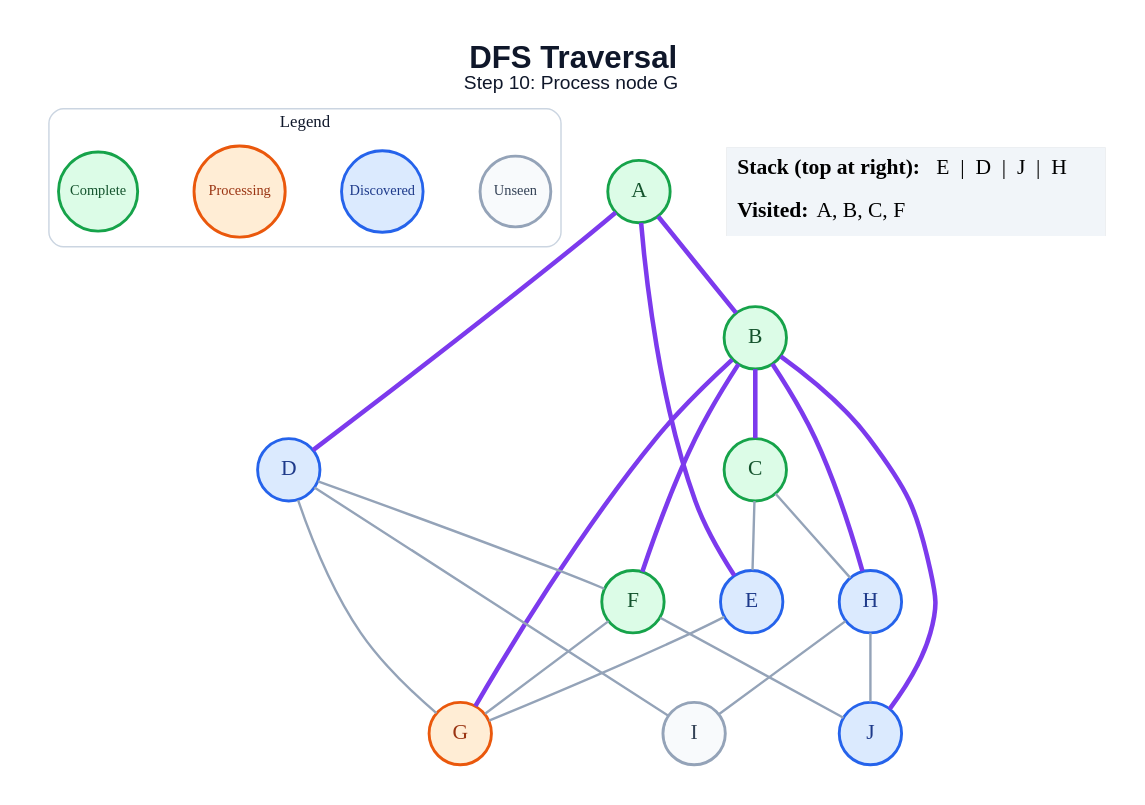
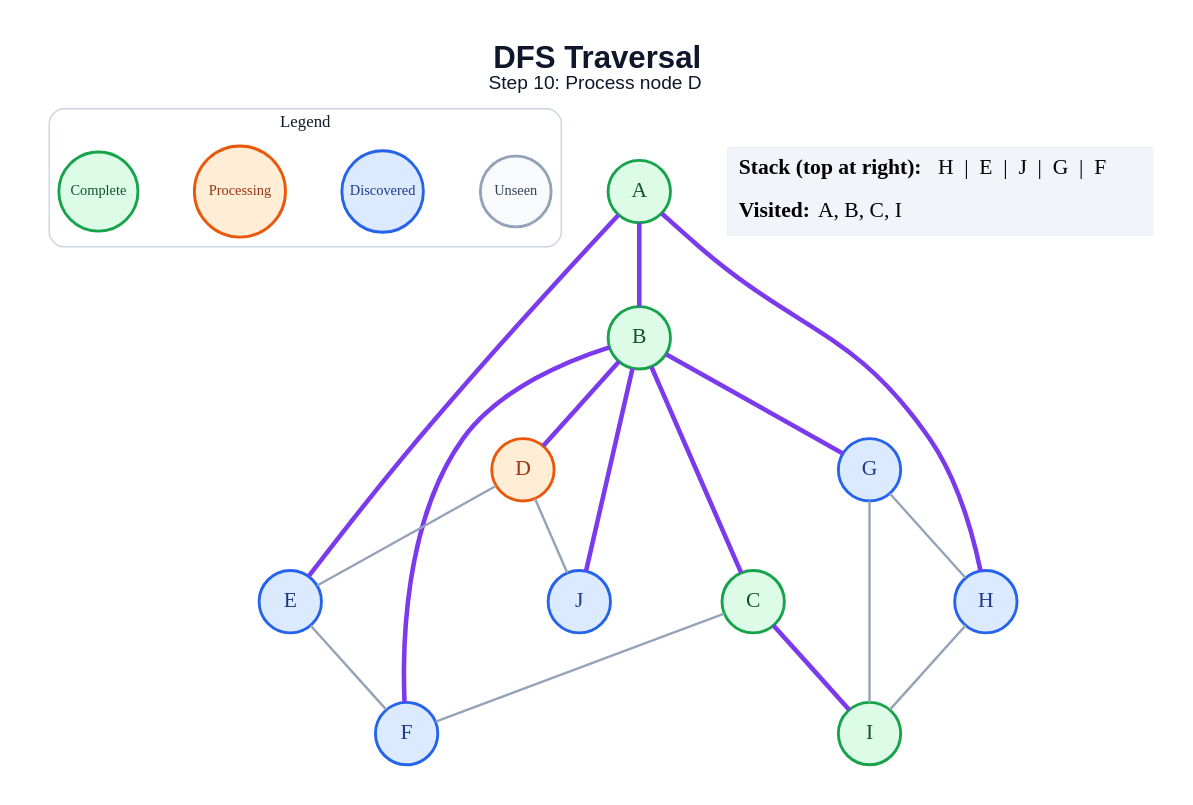
Before and after one commit to amanghodawala9/ai-slop: the diagram in generated/dfs/step_10.dot, drawn with Graphviz. The commit also changed 178 other files, not shown here.

```diff
--- a/generated/dfs/step_10.dot
+++ b/generated/dfs/step_10.dot
@@ -1,47 +1,45 @@
 graph traversal {
   graph [layout=dot, rankdir=TB, bgcolor="#FFFFFF", pad="0.35", nodesep="0.65", ranksep="0.8", fontname="Arial"];
   node [shape=circle, style="filled", fontname="Arial Bold", fontsize=18, width=0.72, fixedsize=true, penwidth=2.4];
   edge [color="#94A3B8", penwidth=2.0];
-  label=<<B>DFS Traversal</B><BR/><FONT POINT-SIZE="16">Step 10: Process node G</FONT>>; labelloc="t"; fontsize=26; fontname="Arial"; fontcolor="#0F172A";
+  label=<<B>DFS Traversal</B><BR/><FONT POINT-SIZE="16">Step 10: Process node D</FONT>>; labelloc="t"; fontsize=26; fontname="Arial"; fontcolor="#0F172A";
   subgraph cluster_legend { label="Legend"; color="#CBD5E1"; penwidth=1.2; style="rounded"; fontsize=14; fontname="Arial Bold";
     key_unseen [label="Unseen", fillcolor="#F8FAFC", color="#94A3B8", fontcolor="#334155", fontsize=12, width=0.82];
     key_frontier [label="Discovered", fillcolor="#DBEAFE", color="#2563EB", fontcolor="#1E3A8A", fontsize=12, width=0.95];
     key_current [label="Processing", fillcolor="#FFEDD5", color="#EA580C", fontcolor="#9A3412", fontsize=12, width=1.05];
     key_done [label="Complete", fillcolor="#DCFCE7", color="#16A34A", fontcolor="#14532D", fontsize=12, width=0.92];
     { rank=same; key_unseen; key_frontier; key_current; key_done; }
   }
   A [fillcolor="#DCFCE7", color="#16A34A", fontcolor="#14532D"];
   B [fillcolor="#DCFCE7", color="#16A34A", fontcolor="#14532D"];
   C [fillcolor="#DCFCE7", color="#16A34A", fontcolor="#14532D"];
-  D [fillcolor="#DBEAFE", color="#2563EB", fontcolor="#1E3A8A"];
+  D [fillcolor="#FFEDD5", color="#EA580C", fontcolor="#9A3412"];
   E [fillcolor="#DBEAFE", color="#2563EB", fontcolor="#1E3A8A"];
-  F [fillcolor="#DCFCE7", color="#16A34A", fontcolor="#14532D"];
-  G [fillcolor="#FFEDD5", color="#EA580C", fontcolor="#9A3412"];
+  F [fillcolor="#DBEAFE", color="#2563EB", fontcolor="#1E3A8A"];
+  G [fillcolor="#DBEAFE", color="#2563EB", fontcolor="#1E3A8A"];
   H [fillcolor="#DBEAFE", color="#2563EB", fontcolor="#1E3A8A"];
-  I [fillcolor="#F8FAFC", color="#94A3B8", fontcolor="#334155"];
+  I [fillcolor="#DCFCE7", color="#16A34A", fontcolor="#14532D"];
   J [fillcolor="#DBEAFE", color="#2563EB", fontcolor="#1E3A8A"];
   A -- B [color="#7C3AED", penwidth=3.8];
-  A -- D [color="#7C3AED", penwidth=3.8];
   A -- E [color="#7C3AED", penwidth=3.8];
+  A -- H [color="#7C3AED", penwidth=3.8];
   B -- C [color="#7C3AED", penwidth=3.8];
+  B -- D [color="#7C3AED", penwidth=3.8];
   B -- F [color="#7C3AED", penwidth=3.8];
   B -- G [color="#7C3AED", penwidth=3.8];
-  B -- H [color="#7C3AED", penwidth=3.8];
   B -- J [color="#7C3AED", penwidth=3.8];
-  C -- E;
-  C -- H;
-  D -- F;
-  D -- G;
-  D -- I;
-  E -- G;
-  F -- G;
-  F -- J;
+  C -- F;
+  C -- I [color="#7C3AED", penwidth=3.8];
+  D -- E;
+  D -- J;
+  E -- F;
+  G -- H;
+  G -- I;
   H -- I;
-  H -- J;
   status [shape=plain, fixedsize=false, width=0, height=0, margin=0, label=<
     <TABLE BORDER="0" CELLBORDER="0" CELLPADDING="7" BGCOLOR="#F1F5F9">
-      <TR><TD ALIGN="LEFT"><B>Stack (top at right):</B> E  |  D  |  J  |  H</TD></TR>
-      <TR><TD ALIGN="LEFT"><B>Visited:</B> A, B, C, F</TD></TR>
+      <TR><TD ALIGN="LEFT"><B>Stack (top at right):</B> H  |  E  |  J  |  G  |  F</TD></TR>
+      <TR><TD ALIGN="LEFT"><B>Visited:</B> A, B, C, I</TD></TR>
     </TABLE>
   >];
 }
```
